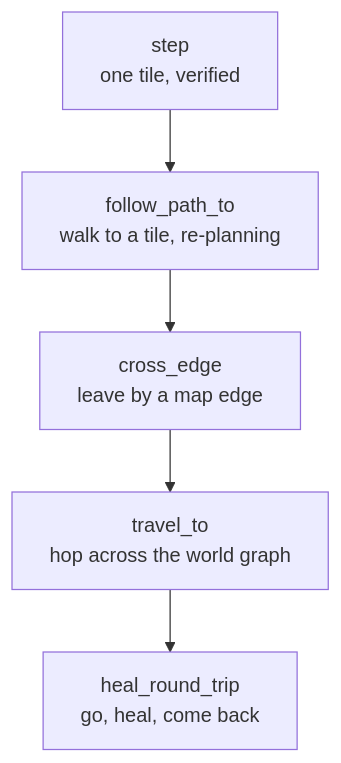
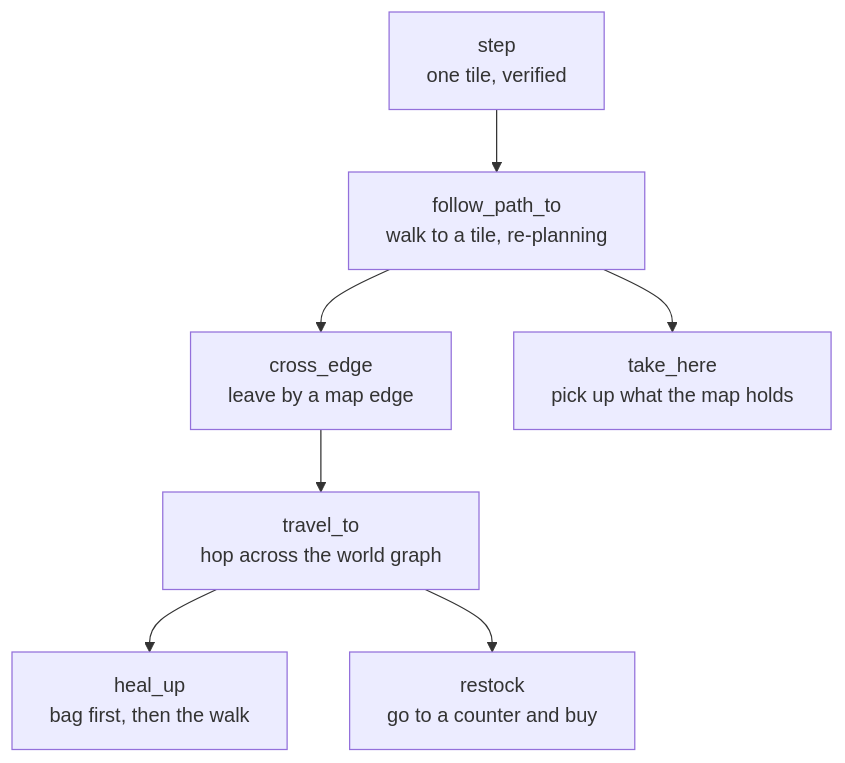
Before and after one commit to minormending/crystal-pilot: the seventh of 14 diagrams in docs/CODE.md, drawn with Mermaid. The commit also changed other lines of this file and 3 other files, not shown here.

````diff
--- a/docs/CODE.md
+++ b/docs/CODE.md
@@ -479,7 +767,9 @@
 ```mermaid
 flowchart TD
     S["step<br/>one tile, verified"] --> W["follow_path_to<br/>walk to a tile, re-planning"]
     W --> C["cross_edge<br/>leave by a map edge"]
     C --> T["travel_to<br/>hop across the world graph"]
-    T --> H["heal_round_trip<br/>go, heal, come back"]
+    T --> H["heal_up<br/>bag first, then the walk"]
+    T --> R["restock<br/>go to a counter and buy"]
+    W --> K["take_here<br/>pick up what the map holds"]
 ```
````
